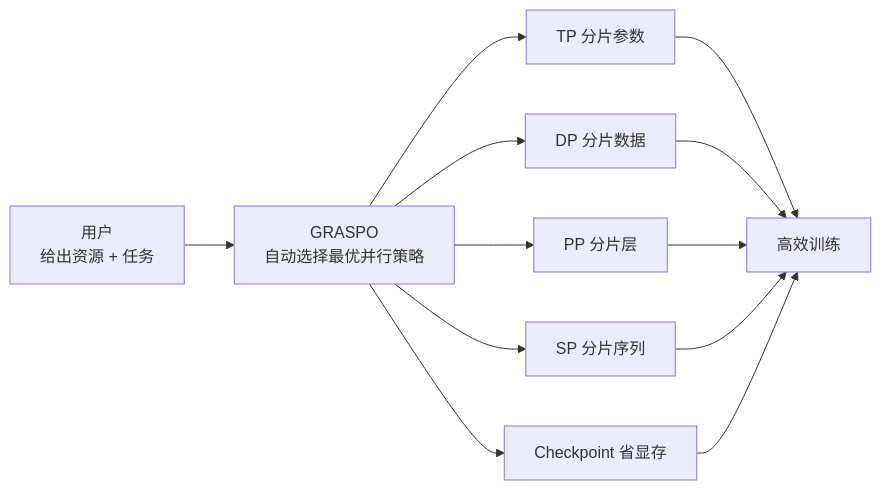
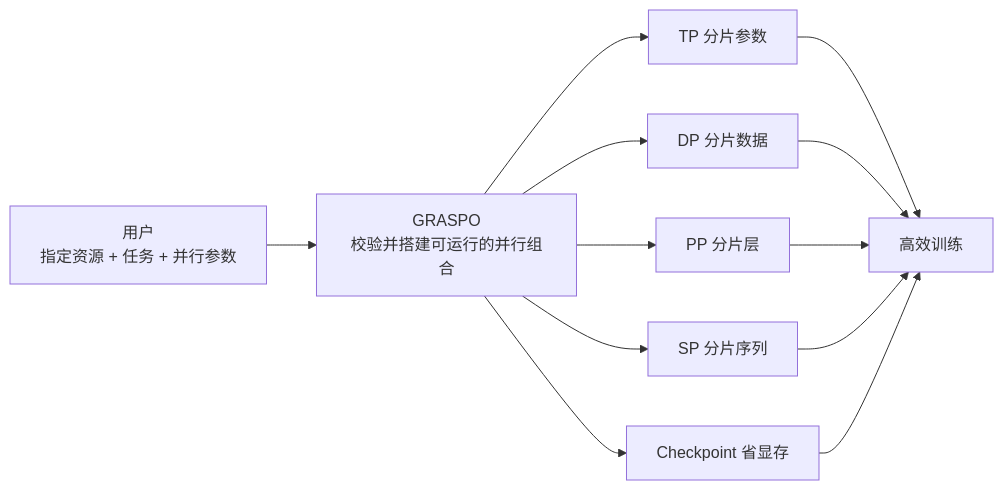
The first of 5 diagrams in docs/architecture.md (godthrone/graspo), drawn with Mermaid before and after one commit. The commit also changed other lines of this file and 6 other files, not shown here.

````diff
--- a/docs/architecture.md
+++ b/docs/architecture.md
@@ -24,10 +24,10 @@
 ```mermaid
 flowchart LR
-    USER["用户<br/>给出资源 + 任务"] --> GRASPO["GRASPO<br/>自动选择最优并行策略"]
+    USER["用户<br/>指定资源 + 任务 + 并行参数"] --> GRASPO["GRASPO<br/>校验并搭建可运行的并行组合"]
     GRASPO --> TP["TP 分片参数"]
     GRASPO --> DP["DP 分片数据"]
     GRASPO --> PP["PP 分片层"]
     GRASPO --> SP["SP 分片序列"]
     GRASPO --> CKPT["Checkpoint 省显存"]
     TP & DP & PP & SP & CKPT --> TRAIN["高效训练"]
 ```
````
